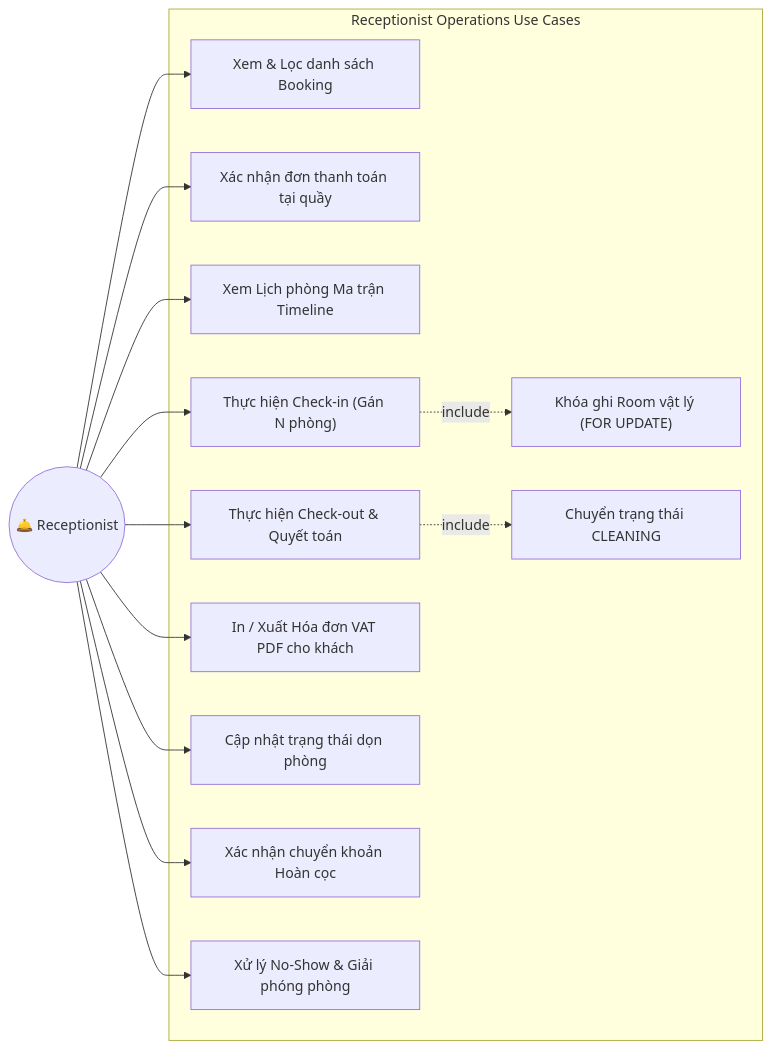
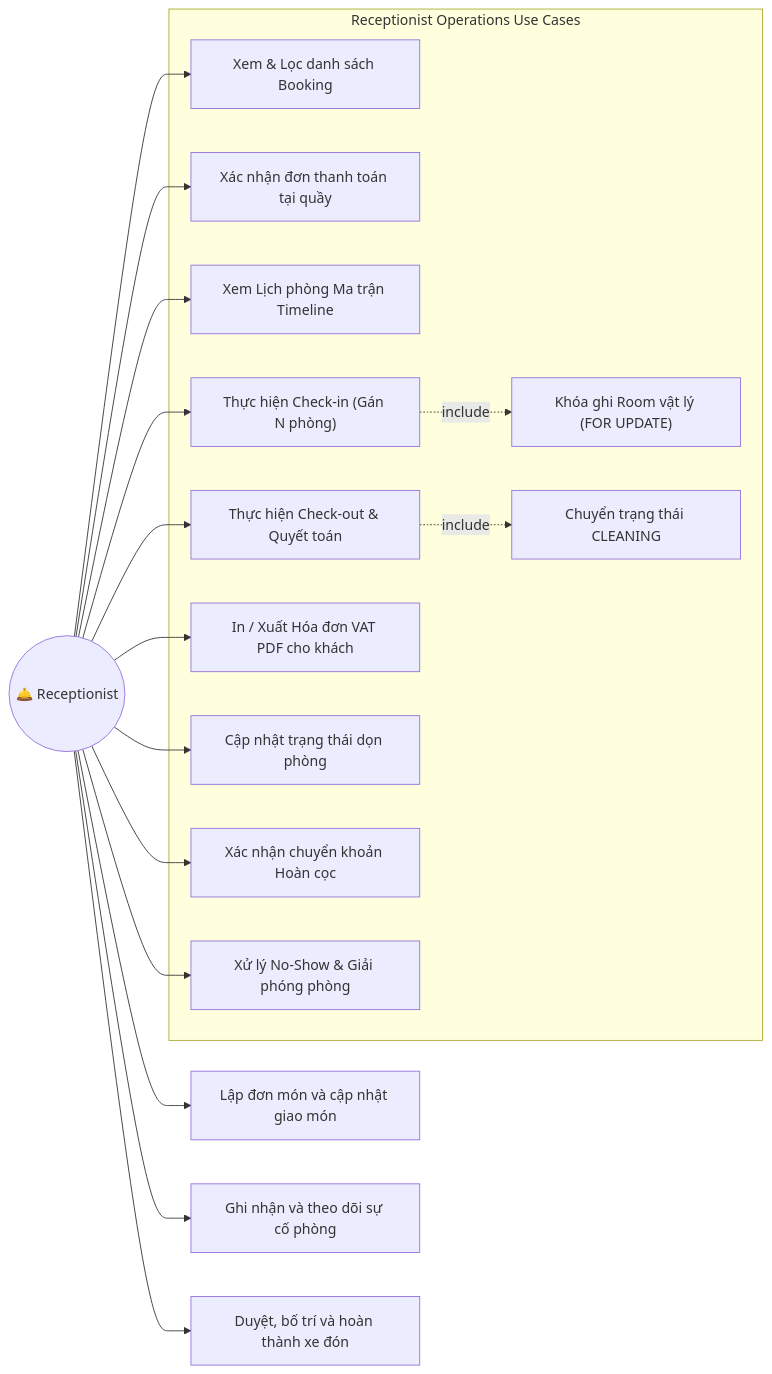
One commit to Huidinne/Hotel-Booking-System_HBS changed the third of 11 diagrams in docs/SRS.md. Above: the diagram before and after it, drawn with Mermaid. The commit also changed other lines of this file, not shown here.

````diff
--- a/docs/SRS.md
+++ b/docs/SRS.md
@@ -320,31 +345,34 @@
 ```mermaid
 graph LR
     Receptionist(("🛎️ Receptionist"))
 
     subgraph Recep_Ops["Receptionist Operations Use Cases"]
         UC_R1["Xem & Lọc danh sách Booking"]
         UC_R2["Xác nhận đơn thanh toán tại quầy"]
         UC_R3["Xem Lịch phòng Ma trận Timeline"]
         UC_R4["Thực hiện Check-in (Gán N phòng)"]
         UC_R5["Thực hiện Check-out & Quyết toán"]
         UC_R6["In / Xuất Hóa đơn VAT PDF cho khách"]
         UC_R7["Cập nhật trạng thái dọn phòng"]
         UC_R8["Xác nhận chuyển khoản Hoàn cọc"]
         UC_R9["Xử lý No-Show & Giải phóng phòng"]
         UC_R10["Khóa ghi Room vật lý (FOR UPDATE)"]
         UC_R11["Chuyển trạng thái CLEANING"]
     end
 
     Receptionist --> UC_R1
     Receptionist --> UC_R2
     Receptionist --> UC_R3
     Receptionist --> UC_R4
     Receptionist --> UC_R5
     Receptionist --> UC_R6
     Receptionist --> UC_R7
     Receptionist --> UC_R8
     Receptionist --> UC_R9
+    Receptionist --> UC_R12["Lập đơn món và cập nhật giao món"]
+    Receptionist --> UC_R13["Ghi nhận và theo dõi sự cố phòng"]
+    Receptionist --> UC_R14["Duyệt, bố trí và hoàn thành xe đón"]
 
     UC_R4 -.->|include| UC_R10
     UC_R5 -.->|include| UC_R11
 ```
````
